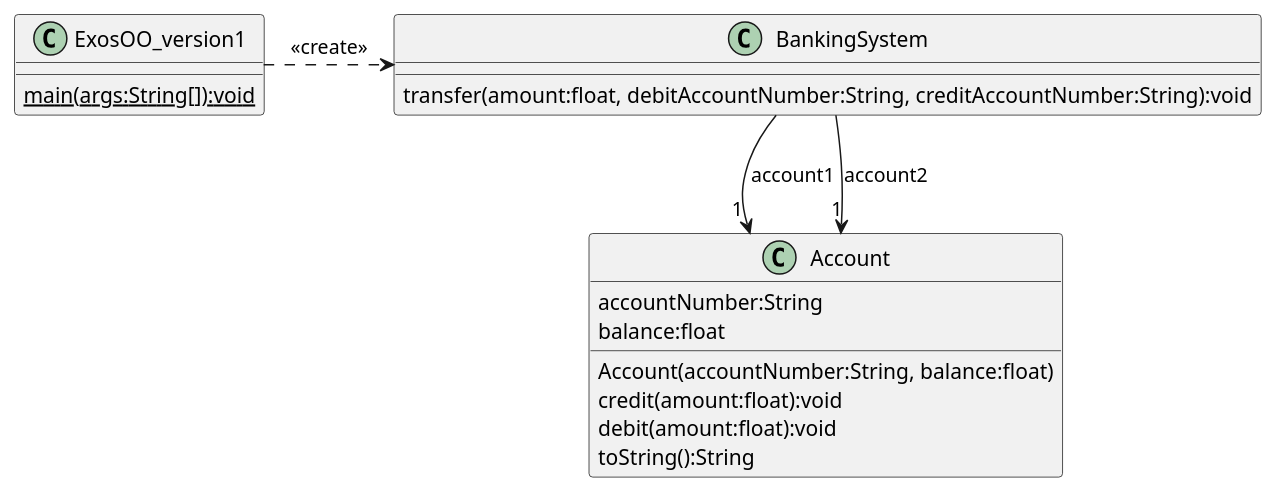
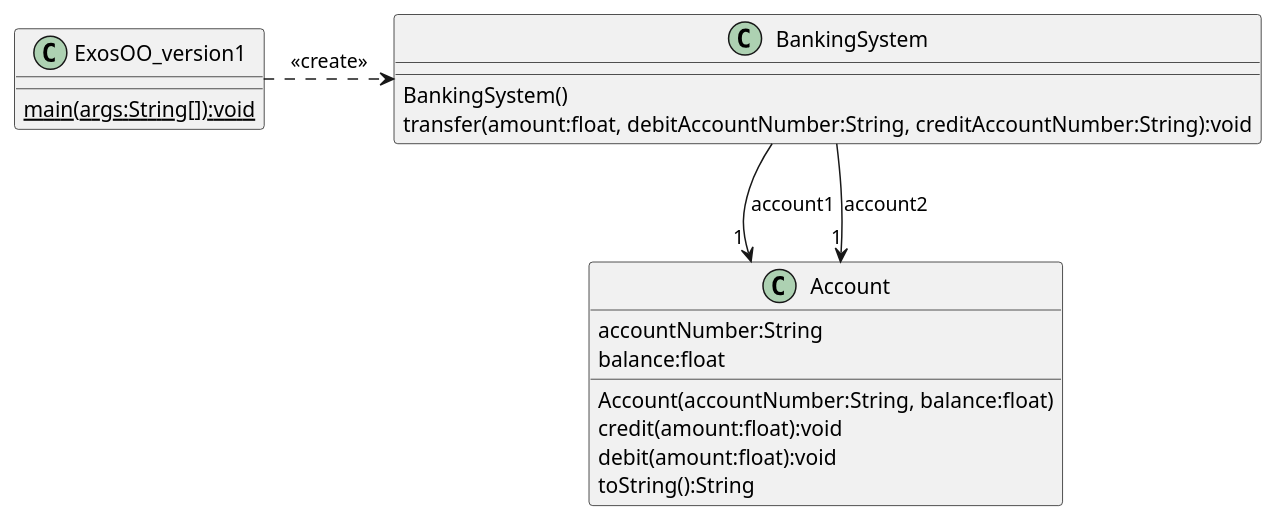
The diagram in IntroDiagrammes/uml/ExosOO_version1_cd.puml (profesig/exosOO), drawn with PlantUML before and after one commit.

Commit message:
rajout constructeur

```diff
--- a/IntroDiagrammes/uml/ExosOO_version1_cd.puml
+++ b/IntroDiagrammes/uml/ExosOO_version1_cd.puml
@@ -1,28 +1,29 @@
 @startuml
 skinparam classAttributeIconSize 0
 
 class ExosOO_version1 {
 {static} main(args:String[]):void
 }
 
 class BankingSystem {
+BankingSystem()
 transfer(amount:float, debitAccountNumber:String, creditAccountNumber:String):void
 
 }
 
 class Account {
 
 accountNumber:String
 balance:float
 
 Account(accountNumber:String, balance:float)
 credit(amount:float):void
 debit(amount:float):void
 toString():String
 }
 
 BankingSystem --> "1" Account : account1
 BankingSystem --> "1" Account : account2
 ExosOO_version1 .> BankingSystem : <<create>>
 
 @enduml
```
